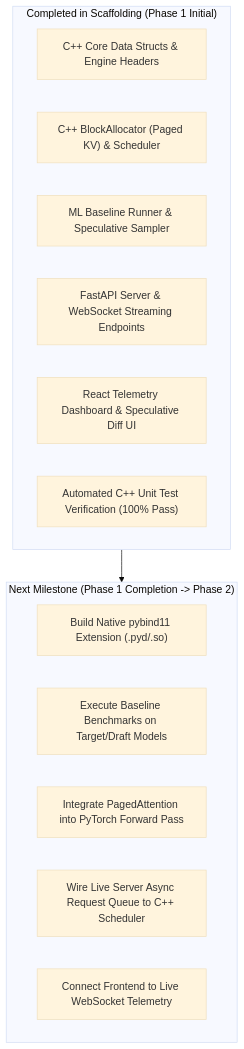
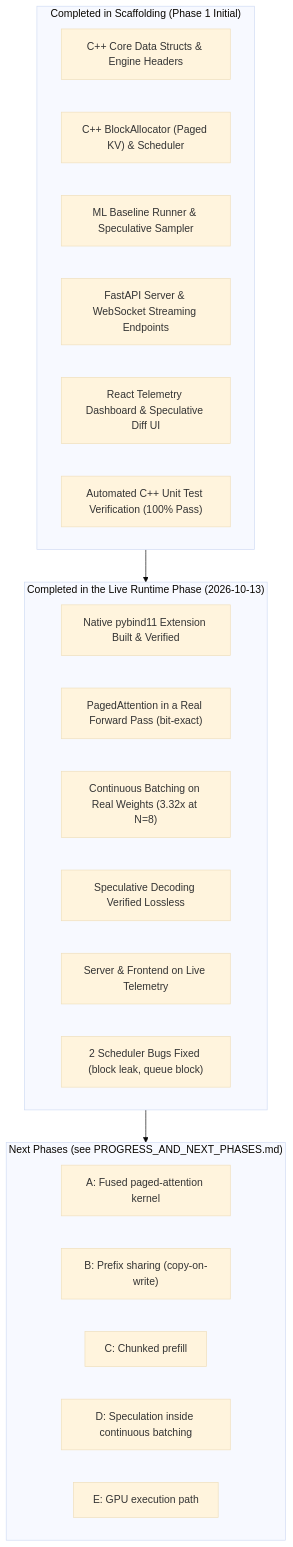
Before and after one commit to Anant3133/memforge: the diagram in CURRENT_STATUS.md, drawn with Mermaid (base theme). The commit also changed other lines of this file and 38 other files, not shown here.

````diff
--- a/CURRENT_STATUS.md
+++ b/CURRENT_STATUS.md
@@ -9,21 +12,30 @@
 ```mermaid
 graph TD
     subgraph S1["Completed in Scaffolding (Phase 1 Initial)"]
         C1["C++ Core Data Structs & Engine Headers"]
         C2["C++ BlockAllocator (Paged KV) & Scheduler"]
         C3["ML Baseline Runner & Speculative Sampler"]
         C4["FastAPI Server & WebSocket Streaming Endpoints"]
         C5["React Telemetry Dashboard & Speculative Diff UI"]
         C6["Automated C++ Unit Test Verification (100% Pass)"]
     end
 
-    subgraph S2["Next Milestone (Phase 1 Completion -> Phase 2)"]
-        N1["Build Native pybind11 Extension (.pyd/.so)"]
-        N2["Execute Baseline Benchmarks on Target/Draft Models"]
-        N3["Integrate PagedAttention into PyTorch Forward Pass"]
-        N4["Wire Live Server Async Request Queue to C++ Scheduler"]
-        N5["Connect Frontend to Live WebSocket Telemetry"]
+    subgraph S2["Completed in the Live Runtime Phase (2026-10-13)"]
+        N1["Native pybind11 Extension Built & Verified"]
+        N2["PagedAttention in a Real Forward Pass (bit-exact)"]
+        N3["Continuous Batching on Real Weights (3.32x at N=8)"]
+        N4["Speculative Decoding Verified Lossless"]
+        N5["Server & Frontend on Live Telemetry"]
+        N6["2 Scheduler Bugs Fixed (block leak, queue block)"]
     end
 
-    S1 --> S2
+    subgraph S3["Next Phases (see PROGRESS_AND_NEXT_PHASES.md)"]
+        P1["A: Fused paged-attention kernel"]
+        P2["B: Prefix sharing (copy-on-write)"]
+        P3["C: Chunked prefill"]
+        P4["D: Speculation inside continuous batching"]
+        P5["E: GPU execution path"]
+    end
+
+    S1 --> S2 --> S3
 ```
````
